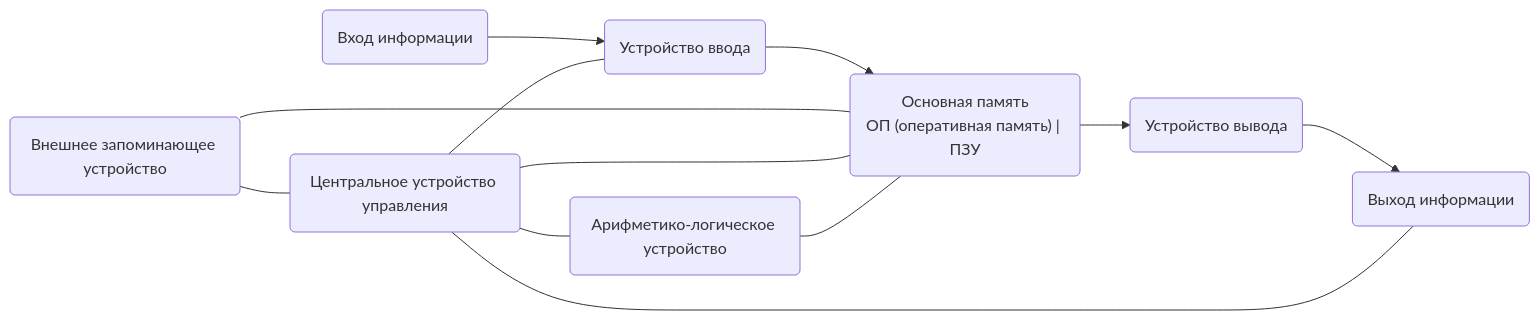
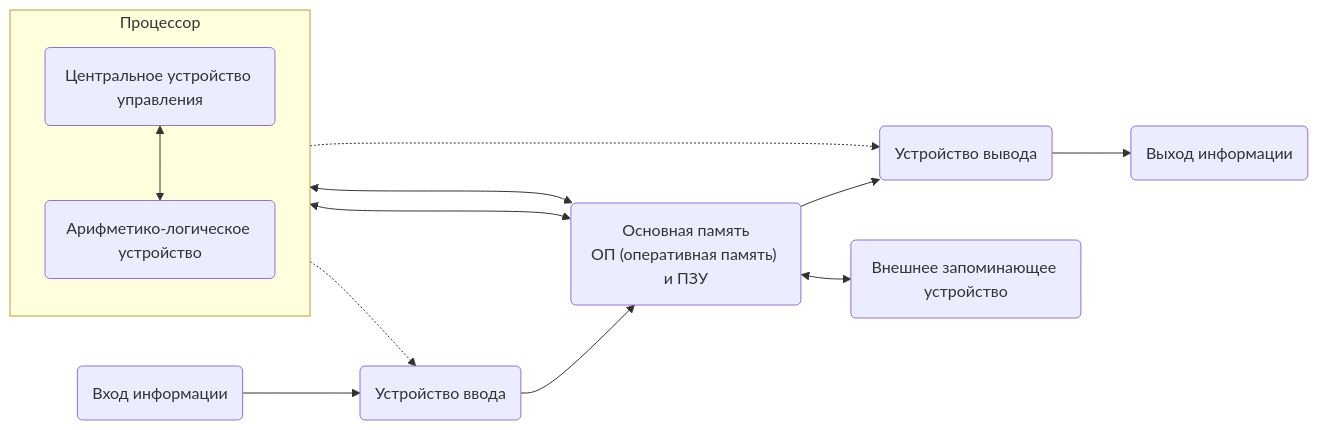
One commit to wesdyqq/study-sync changed the diagram in Учеба КНИТУ/Информатика/Конспекты лекций/Информация и информатика 22.10.26.md. Above: the diagram before and after it, drawn with Mermaid. The commit also changed other lines of this file and 2 other files, not shown here.

Commit message:
airbook 2026-10-28:12:28:33

````diff
--- a/Учеба КНИТУ/Информатика/Конспекты лекций/Информация и информатика 22.10.26.md
+++ b/Учеба КНИТУ/Информатика/Конспекты лекций/Информация и информатика 22.10.26.md
@@ -29,19 +29,22 @@
 ```mermaid
 flowchart LR
-A("Вход информации")
-AA("Устройство ввода")
-B("Основная память</br>ОП (оперативная память) | ПЗУ")
-CC("Выход информации")
-C("Устройство вывода")
-D("Внешнее запоминающее устройство")
-E("Центральное устройство управления")
-F("Арифметико-логическое устройство")
+    A("Вход информации") --> AA("Устройство ввода")
+    AA --> B("Основная память<br/>ОП (оперативная память) и ПЗУ")
+    B --> C("Устройство вывода")
+    C --> CC("Выход информации")
 
-A-->AA-->B-->C-->CC
-D---E---F
-D---B
-E---B
-E---AA
-E---CC
-F---B
+    subgraph CPU["Процессор"]
+        direction TB
+        E("Центральное устройство управления")
+        F("Арифметико-логическое устройство")
+        E <--> F
+    end
+
+    D("Внешнее запоминающее устройство")
+
+    B <--> D
+    B <--> E
+    B <--> F
+    E -.-> AA
+    E -.-> C
 ```
````
